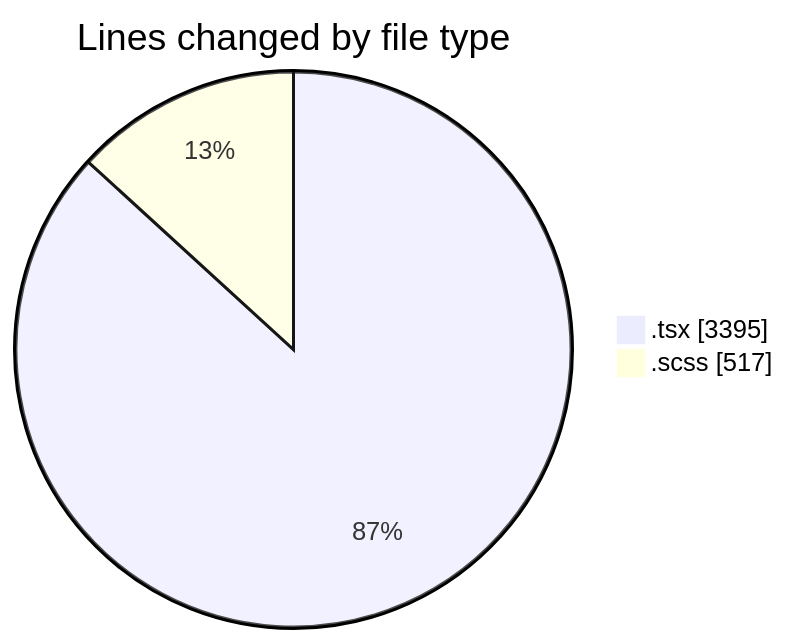
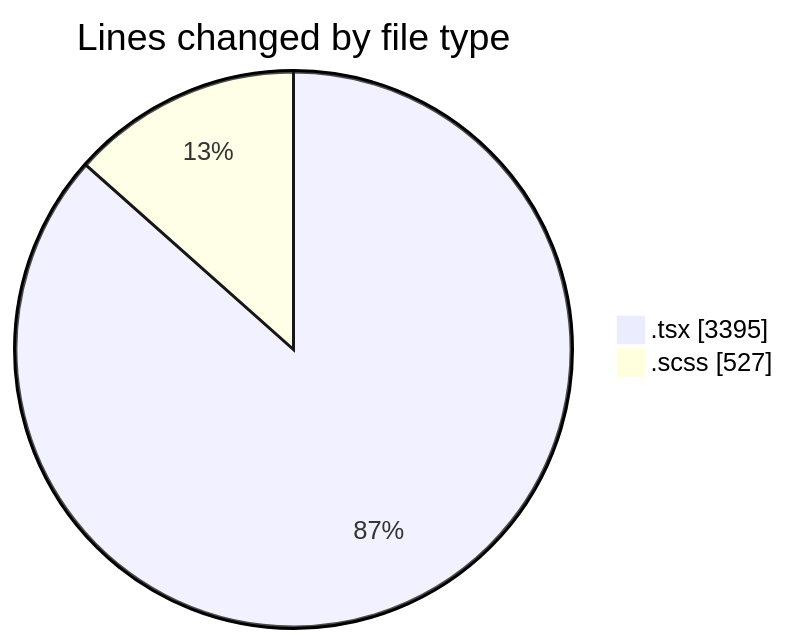
The first of 2 diagrams in 2025-09-30/cda/README.md (momahboobian/code-tracking), drawn with Mermaid before and after one commit. The commit also changed other lines of this file and 1 other file, not shown here.

````diff
--- a/2025-09-30/cda/README.md
+++ b/2025-09-30/cda/README.md
@@ -25,6 +25,6 @@
 ```mermaid
 pie showData
 title Lines changed by file type
 ".tsx" : 3395
-".scss" : 517
+".scss" : 527
 ```
````
